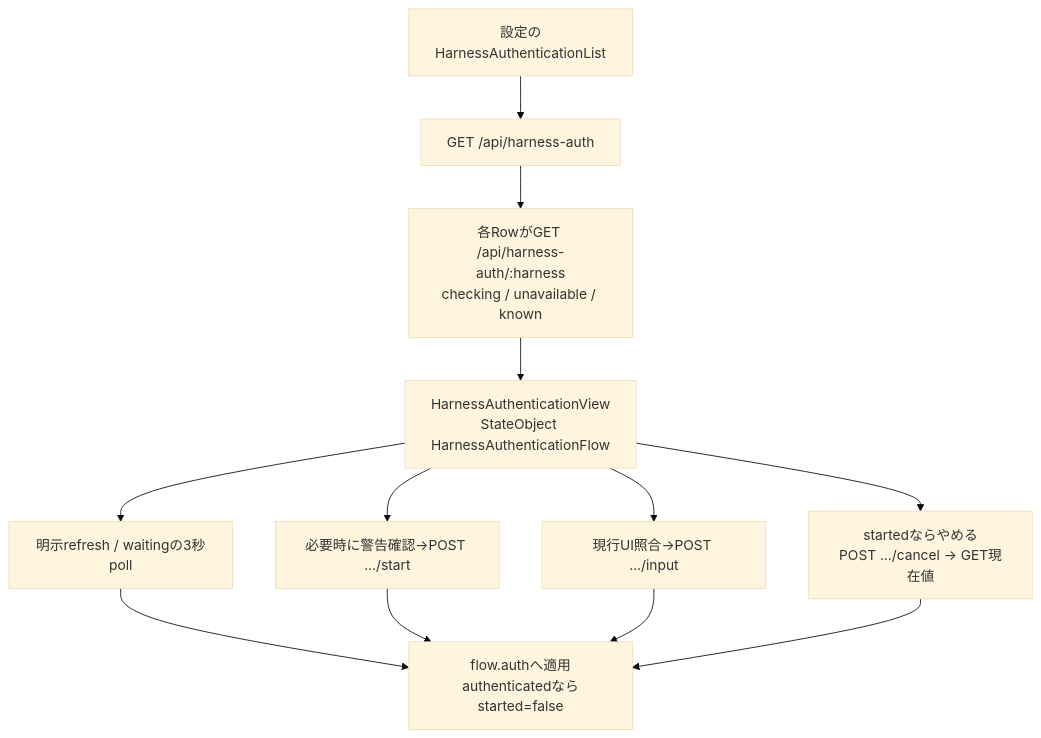
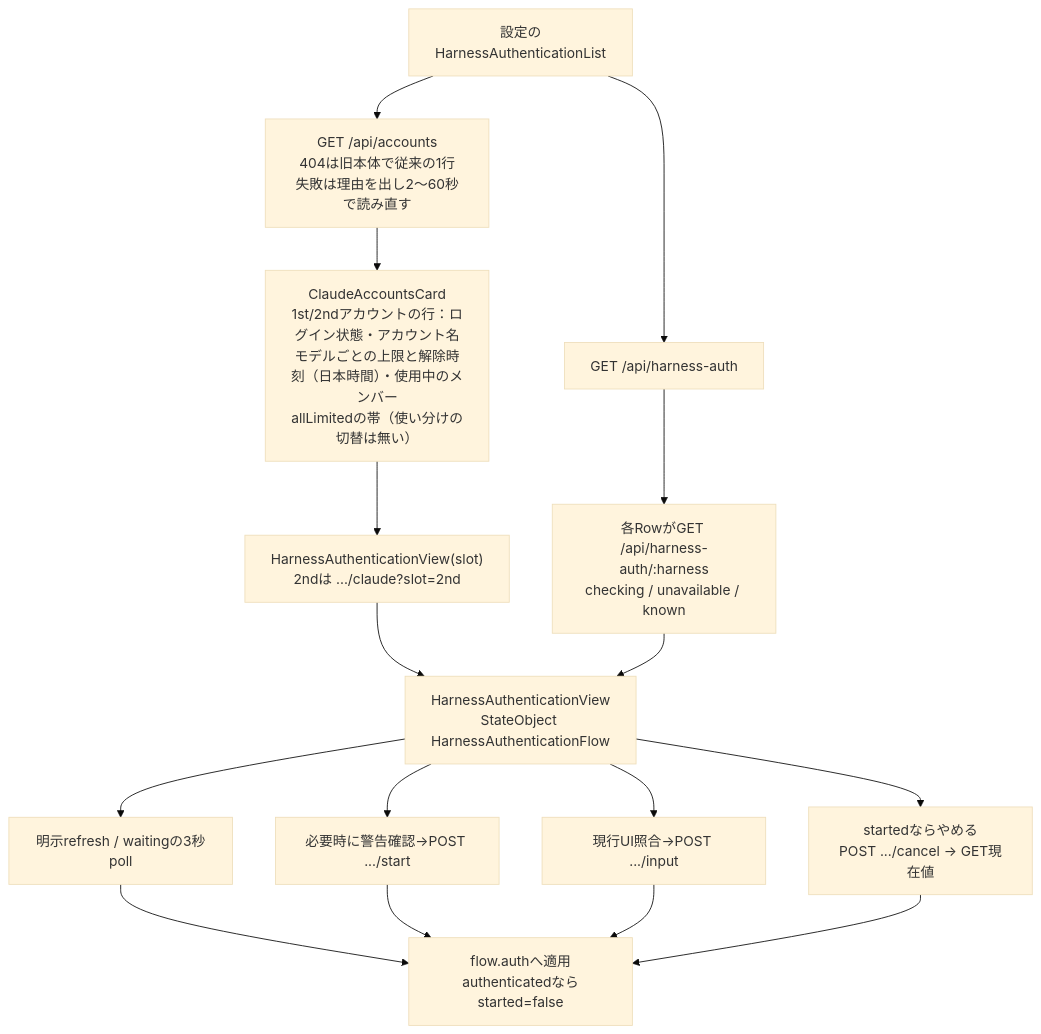
One commit to kitepon/BellTeam changed the fourth of 4 diagrams in docs/architecture/modules/apple/requests-and-auth.md. Above: the diagram before and after it, drawn with Mermaid (base theme). The commit also changed other lines of this file and 9 other files, not shown here.

First line of the commit message:
Apple: Claude 1st/2nd account rows on the AI認証 card (limit-driven, no switch)

````diff
--- a/docs/architecture/modules/apple/requests-and-auth.md
+++ b/docs/architecture/modules/apple/requests-and-auth.md
@@ -92,14 +92,18 @@
 ```mermaid
 flowchart TD
   Settings["設定のHarnessAuthenticationList"] --> List["GET /api/harness-auth"]
+  Settings --> Accounts["GET /api/accounts<br/>404は旧本体で従来の1行<br/>失敗は理由を出し2〜60秒で読み直す"]
   List --> Row["各RowがGET /api/harness-auth/:harness<br/>checking / unavailable / known"]
+  Accounts --> Claude["ClaudeAccountsCard<br/>1st/2ndアカウントの行：ログイン状態・アカウント名<br/>モデルごとの上限と解除時刻（日本時間）・使用中のメンバー<br/>allLimitedの帯（使い分けの切替は無い）"]
+  Claude --> SlotView["HarnessAuthenticationView(slot)<br/>2ndは .../claude?slot=2nd"]
+  SlotView --> View
   Row --> View["HarnessAuthenticationView<br/>StateObject HarnessAuthenticationFlow"]
   View --> Read["明示refresh / waitingの3秒poll"]
   View --> Start["必要時に警告確認→POST .../start"]
   View --> Respond["現行UI照合→POST .../input"]
   View --> Cancel["startedならやめる<br/>POST .../cancel → GET現在値"]
   Read --> Auth["flow.authへ適用<br/>authenticatedならstarted=false"]
   Start --> Auth
   Respond --> Auth
   Cancel --> Auth
 ```
````
